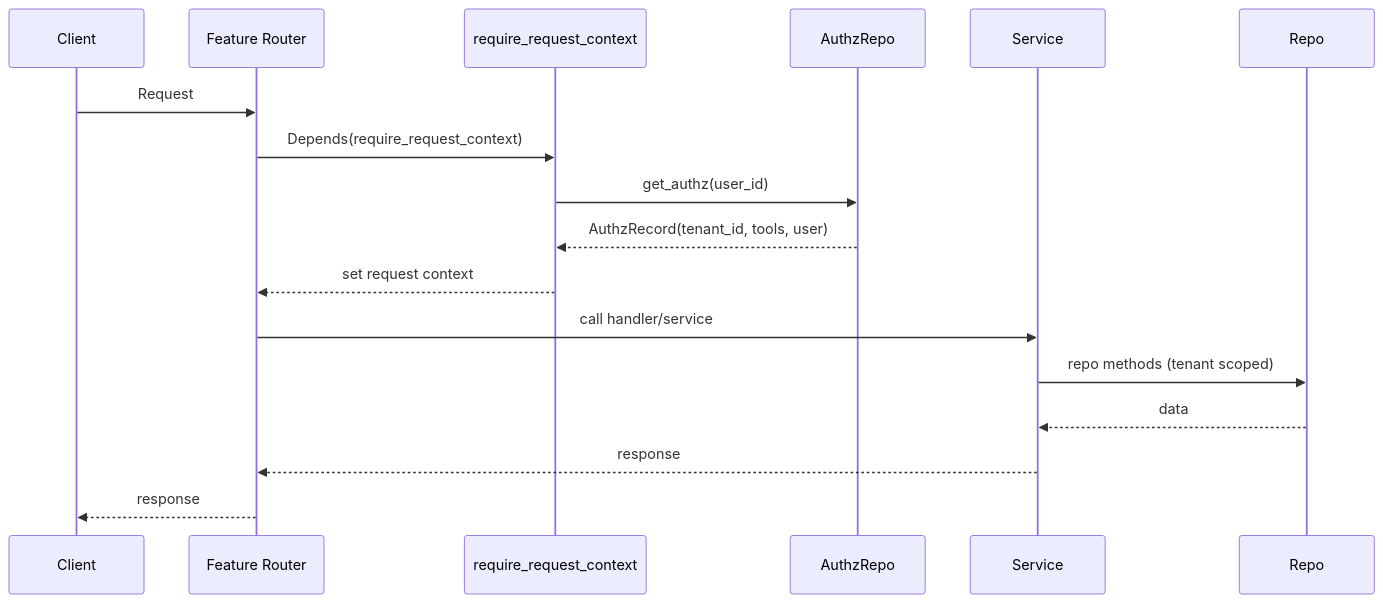
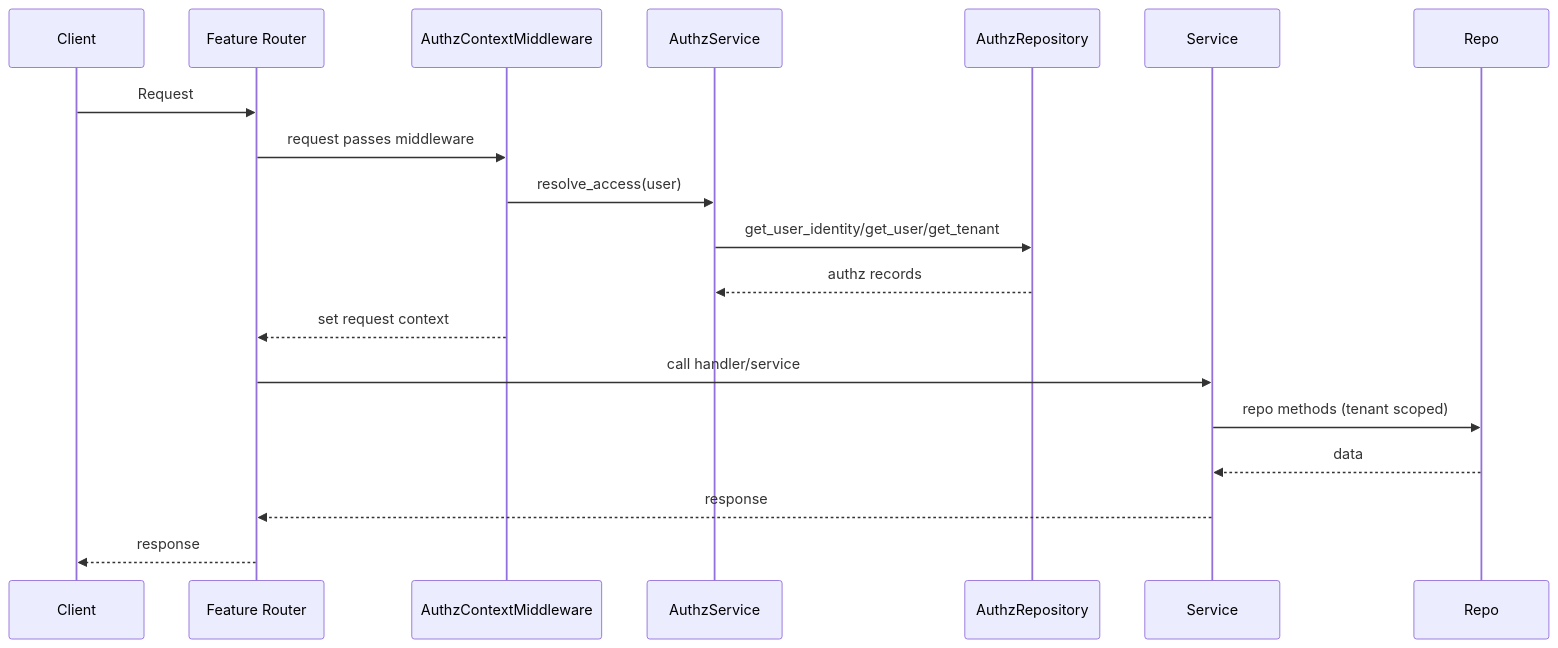
The fourth of 8 diagrams in docs/architecture-back.md (tsutsu3/ai-sdk-vite-fastapi-sample), drawn with Mermaid before and after one commit. The commit also changed other lines of this file and 225 other files, not shown here.

````diff
--- a/docs/architecture-back.md
+++ b/docs/architecture-back.md
@@ -163,20 +174,22 @@
 ```mermaid
 sequenceDiagram
   participant Client
   participant Router as Feature Router
-  participant Ctx as require_request_context
-  participant AuthzRepo
+  participant Middleware as AuthzContextMiddleware
+  participant AuthzSvc as AuthzService
+  participant AuthzRepo as AuthzRepository
   participant Service
   participant Repo
 
   Client->>Router: Request
-  Router->>Ctx: Depends(require_request_context)
-  Ctx->>AuthzRepo: get_authz(user_id)
-  AuthzRepo-->>Ctx: AuthzRecord(tenant_id, tools, user)
-  Ctx-->>Router: set request context
+  Router->>Middleware: request passes middleware
+  Middleware->>AuthzSvc: resolve_access(user)
+  AuthzSvc->>AuthzRepo: get_user_identity/get_user/get_tenant
+  AuthzRepo-->>AuthzSvc: authz records
+  Middleware-->>Router: set request context
   Router->>Service: call handler/service
   Service->>Repo: repo methods (tenant scoped)
   Repo-->>Service: data
   Service-->>Router: response
   Router-->>Client: response
 ```
````
